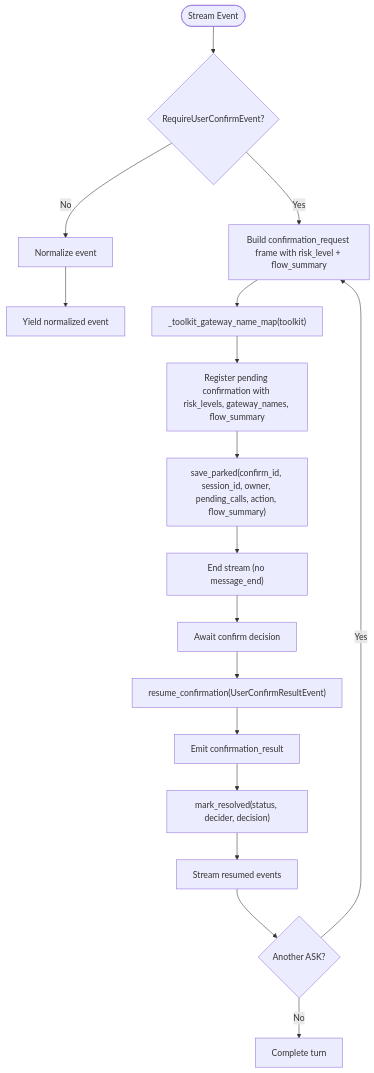
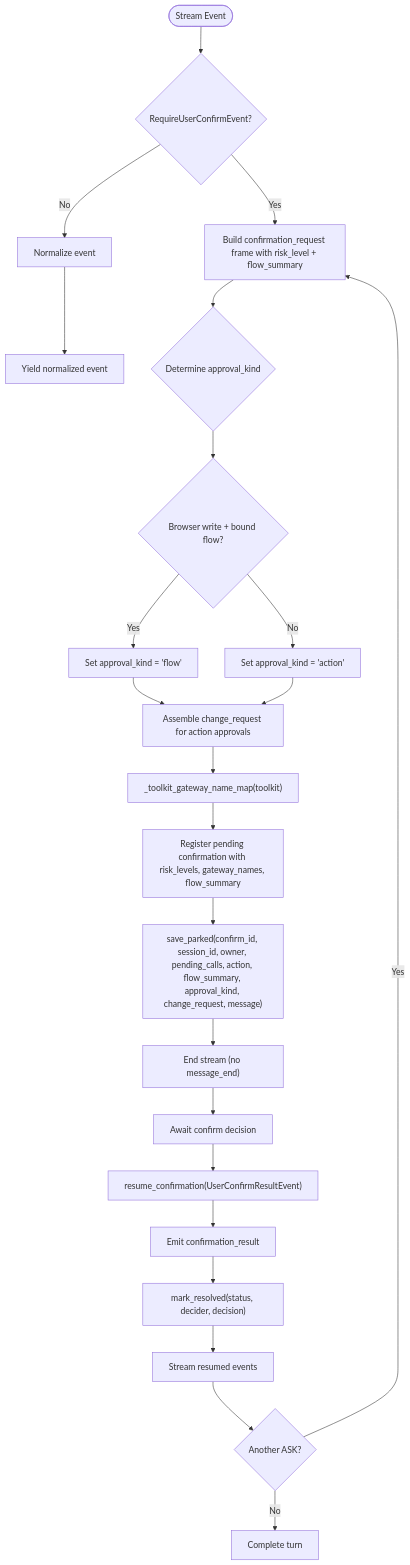
Before and after one commit to metasync/luban-aiops: the sixth of 14 diagrams in .qoder/repowiki/en/content/Agent Platform Service/HITL Confirmation Bridging (SPEC-020).md, drawn with Mermaid. The commit also changed other lines of this file and 35 other files, not shown here.

````diff
--- a/.qoder/repowiki/en/content/Agent Platform Service/HITL Confirmation Bridging (SPEC-020).md
+++ b/.qoder/repowiki/en/content/Agent Platform Service/HITL Confirmation Bridging (SPEC-020).md
@@ -433,19 +447,25 @@
 ```mermaid
 flowchart TD
 Start(["Stream Event"]) --> CheckASK{"RequireUserConfirmEvent?"}
 CheckASK -- No --> Normalize["Normalize event"]
 Normalize --> Yield["Yield normalized event"]
 CheckASK -- Yes --> BuildFrame["Build confirmation_request frame with risk_level + flow_summary"]
-BuildFrame --> MapNames["_toolkit_gateway_name_map(toolkit)"]
+BuildFrame --> DetermineKind{"Determine approval_kind"}
+DetermineKind --> FlowCheck{"Browser write + bound flow?"}
+FlowCheck -- Yes --> SetFlow["Set approval_kind = 'flow'"]
+FlowCheck -- No --> SetAction["Set approval_kind = 'action'"]
+SetFlow --> AssembleChangeRequest["Assemble change_request for action approvals"]
+SetAction --> AssembleChangeRequest
+AssembleChangeRequest --> MapNames["_toolkit_gateway_name_map(toolkit)"]
 MapNames --> Register["Register pending confirmation with risk_levels, gateway_names, flow_summary"]
-Register --> Persist["save_parked(confirm_id, session_id, owner, pending_calls, action, flow_summary)"]
+Register --> Persist["save_parked(confirm_id, session_id, owner, pending_calls, action, flow_summary, approval_kind, change_request, message)"]
 Persist --> EndStream["End stream (no message_end)"]
 EndStream --> WaitDecision["Await confirm decision"]
 WaitDecision --> Resume["resume_confirmation(UserConfirmResultEvent)"]
 Resume --> ResultFrame["Emit confirmation_result"]
 ResultFrame --> RecordResolution["mark_resolved(status, decider, decision)"]
 RecordResolution --> ContinueStream["Stream resumed events"]
 ContinueStream --> ChainedASK{"Another ASK?"}
 ChainedASK -- Yes --> BuildFrame
 ChainedASK -- No --> Complete["Complete turn"]
 ```
````
